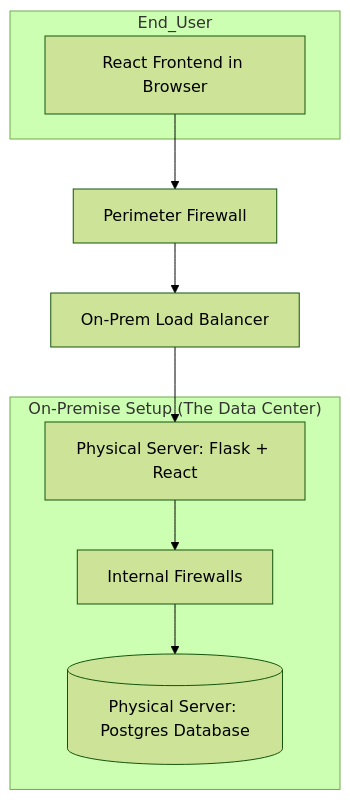
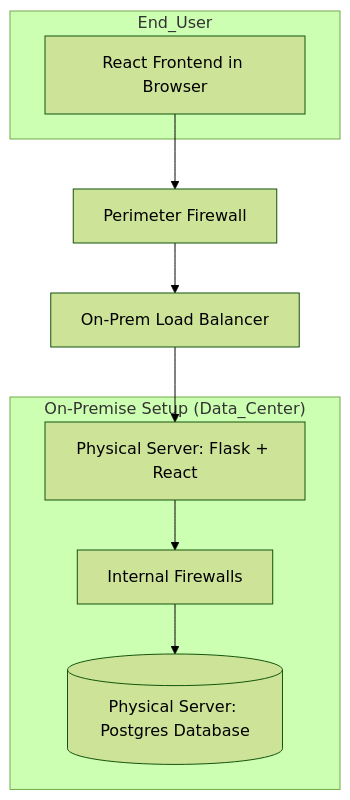
The third of 3 diagrams in lab2.md (Sighopss/Algonquin-Code-Base), drawn with Mermaid (forest theme) before and after one commit.

````diff
--- a/lab2.md
+++ b/lab2.md
@@ -39,18 +39,18 @@
 ```mermaid
 graph TB
     subgraph User["End_User"]
         UI[React Frontend in Browser]
     end
 
     OuterFW[Perimeter Firewall]
     HardwareLB[On-Prem Load Balancer]
 
-    subgraph OnPrem["On-Premise Setup (The Data Center)"]
+    subgraph OnPrem["On-Premise Setup (Data_Center)"]
         Server1[Physical Server: Flask + React]
         InnerFW[Internal Firewalls]
         Server2[(Physical Server: Postgres Database)]
     end
 
     UI --> OuterFW --> HardwareLB --> Server1
     Server1 --> InnerFW --> Server2
 ```
````
